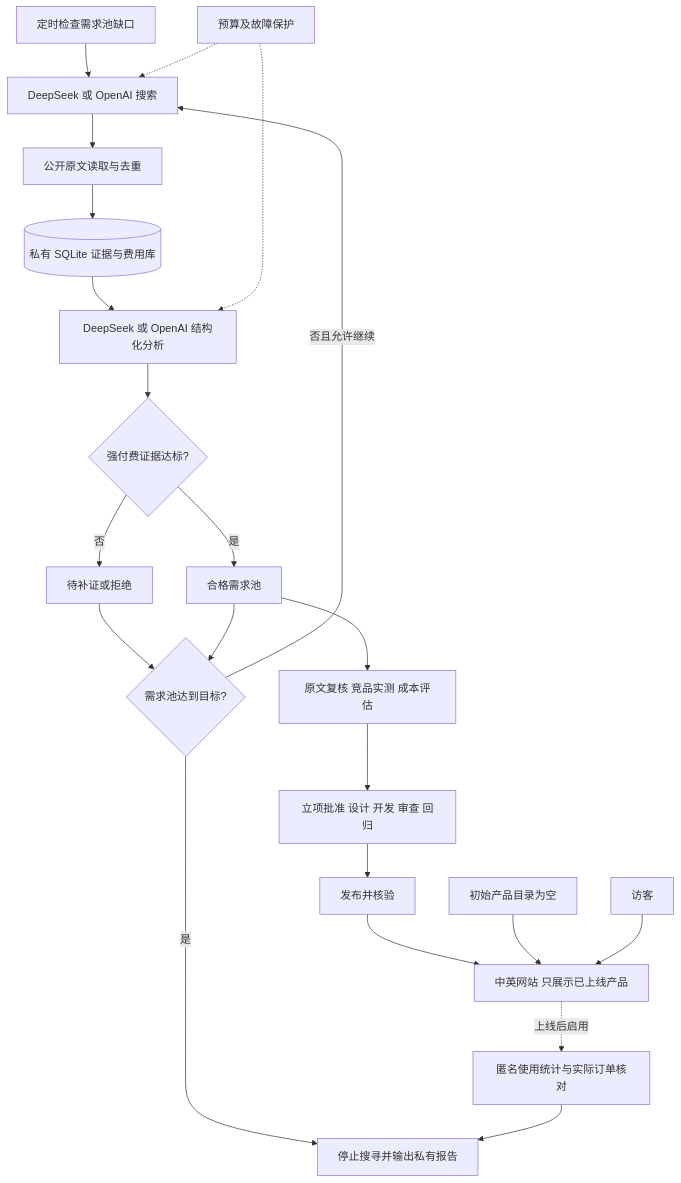
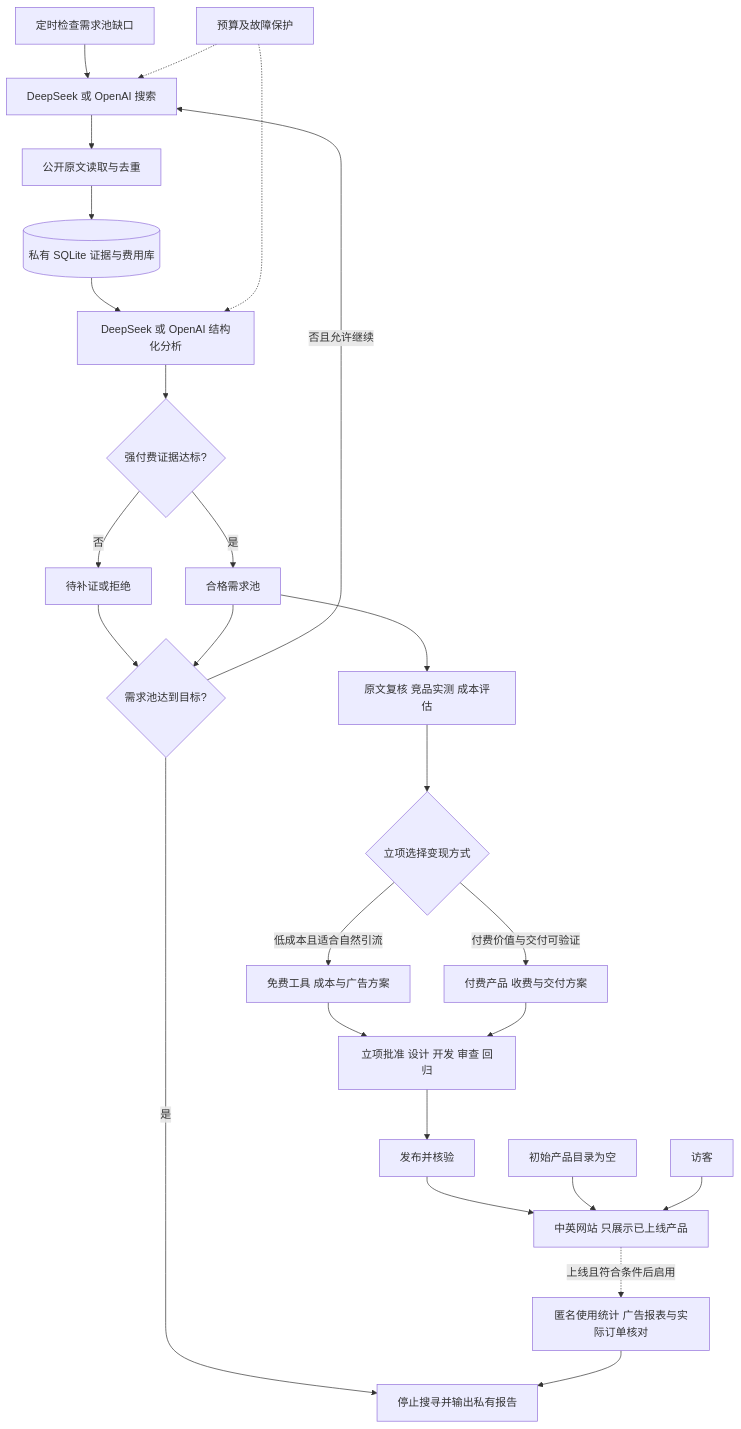
The diagram in docs/superpowers/specs/2026-11-08-creative-platform-design.md (yyl1212/creative), drawn with Mermaid before and after one commit. The commit also changed other lines of this file, not shown here.

````diff
--- a/docs/superpowers/specs/2026-11-08-creative-platform-design.md
+++ b/docs/superpowers/specs/2026-11-08-creative-platform-design.md
@@ -82,24 +82,28 @@
 ```mermaid
 flowchart TB
     T[定时检查需求池缺口] --> S[DeepSeek 或 OpenAI 搜索]
     S --> F[公开原文读取与去重]
     F --> DB[(私有 SQLite 证据与费用库)]
     DB --> AI[DeepSeek 或 OpenAI 结构化分析]
     AI --> P{强付费证据达标?}
     P -- 否 --> C[待补证或拒绝]
     P -- 是 --> N[合格需求池]
     C --> Q{需求池达到目标?}
     N --> Q
     Q -- 否且允许继续 --> S
     Q -- 是 --> R[停止搜寻并输出私有报告]
     N --> A[原文复核 竞品实测 成本评估]
-    A --> G[立项批准 设计 开发 审查 回归]
+    A --> K{立项选择变现方式}
+    K -- 低成本且适合自然引流 --> FA[免费工具 成本与广告方案]
+    K -- 付费价值与交付可验证 --> PA[付费产品 收费与交付方案]
+    FA --> G[立项批准 设计 开发 审查 回归]
+    PA --> G
     G --> D[发布并核验]
     D --> W[中英网站 只展示已上线产品]
     E[初始产品目录为空] --> W
     U[访客] --> W
-    W -. 上线后启用 .-> M[匿名使用统计与实际订单核对]
+    W -. 上线且符合条件后启用 .-> M[匿名使用统计 广告报表与实际订单核对]
     M --> R
     B[预算及故障保护] -.-> S
     B -.-> AI
 ```
````
